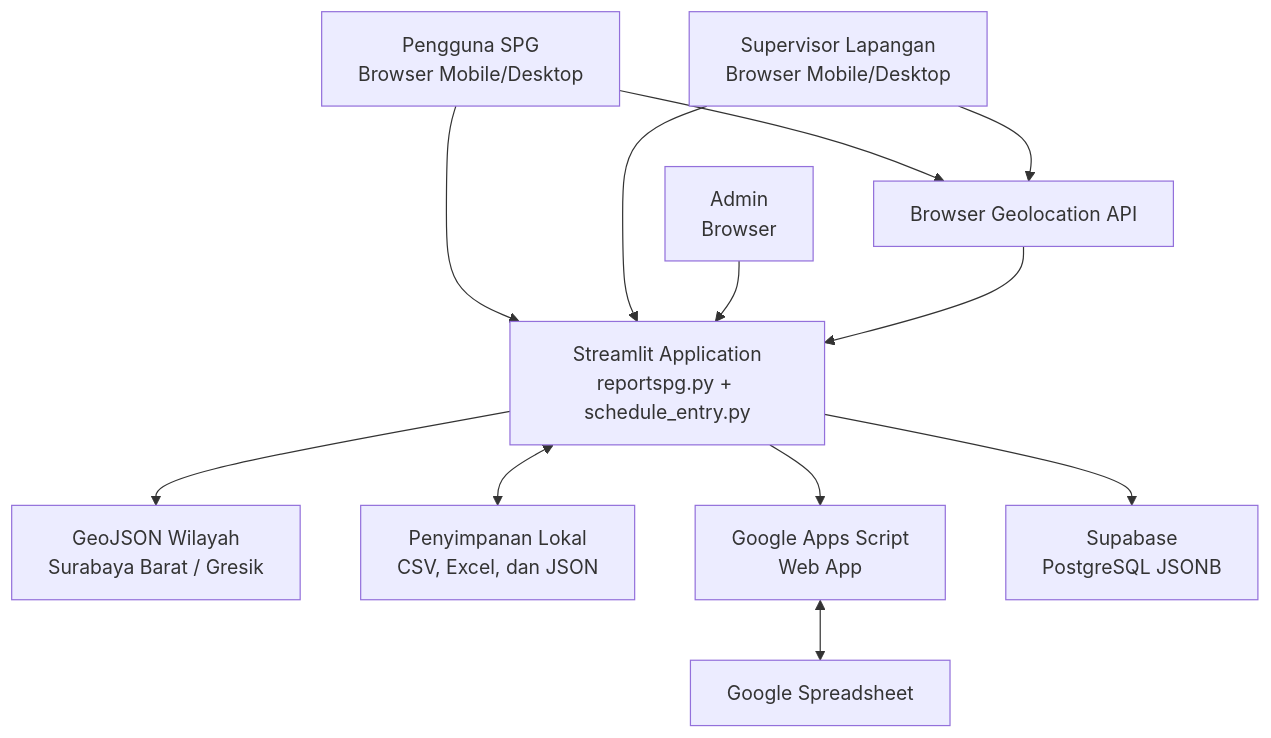
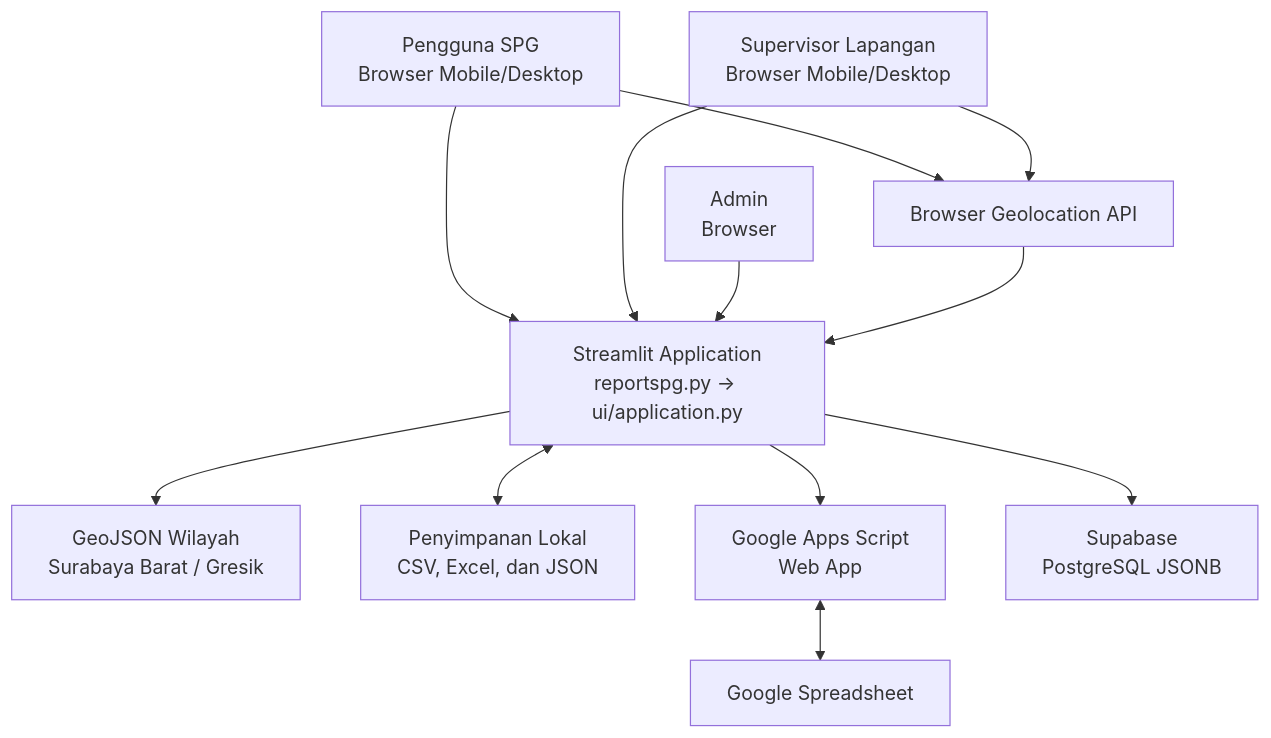
One commit to dsosbybarat-wani/webappSPGMobile changed the first of 2 diagrams in README.md. Above: the diagram before and after it, drawn with Mermaid. The commit also changed other lines of this file and 32 other files, not shown here.

````diff
--- a/README.md
+++ b/README.md
@@ -19,25 +19,25 @@
 ```mermaid
 flowchart TB
     SPG["Pengguna SPG\nBrowser Mobile/Desktop"]
     SUP["Supervisor Lapangan\nBrowser Mobile/Desktop"]
     ADM["Admin\nBrowser"]
     GPS["Browser Geolocation API"]
-    ST["Streamlit Application\nreportspg.py + schedule_entry.py"]
+    ST["Streamlit Application\nreportspg.py → ui/application.py"]
     GEO["GeoJSON Wilayah\nSurabaya Barat / Gresik"]
     LOCAL["Penyimpanan Lokal\nCSV, Excel, dan JSON"]
     SHEET["Google Spreadsheet"]
     GAS["Google Apps Script\nWeb App"]
     SUPABASE["Supabase\nPostgreSQL JSONB"]
 
     SPG --> ST
     SUP --> ST
     ADM --> ST
     SPG --> GPS
     SUP --> GPS
     GPS --> ST
     ST --> GEO
     ST <--> LOCAL
     ST --> GAS
     GAS <--> SHEET
     ST --> SUPABASE
 ```
````
